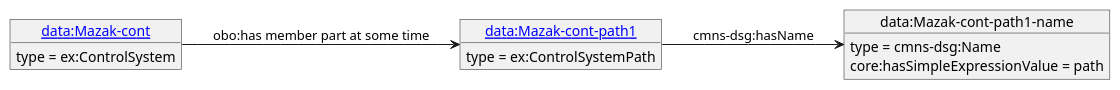
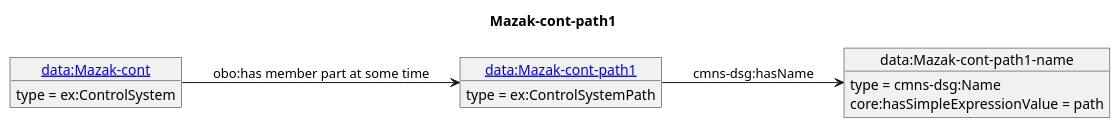
The diagram in diagrams/Mazak-cont-path1.puml (iofoundry/example-syseng-mtconnect), drawn with PlantUML before and after one commit. The commit also changed 140 other files, not shown here.

```diff
--- a/diagrams/Mazak-cont-path1.puml
+++ b/diagrams/Mazak-cont-path1.puml
@@ -1,16 +1,17 @@
 @startuml
 skinparam linetype polyline
 left to right direction
+title Mazak-cont-path1
 object "[[./Mazak-cont-path1.html data:Mazak-cont-path1]]" as o1 {
  type = ex:ControlSystemPath
  }
 object "data:Mazak-cont-path1-name" as o2 {
  type = cmns-dsg:Name
  }
 object "[[./Mazak-cont.html data:Mazak-cont]]" as o3 {
  type = ex:ControlSystem
  }
 o1 --> o2 : cmns-dsg:hasName
 o2 : core:hasSimpleExpressionValue = path
 o3 --> o1 : obo:has member part at some time
 @enduml
```
